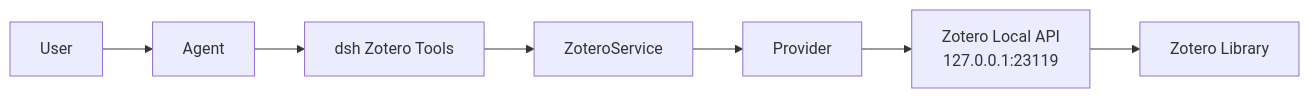
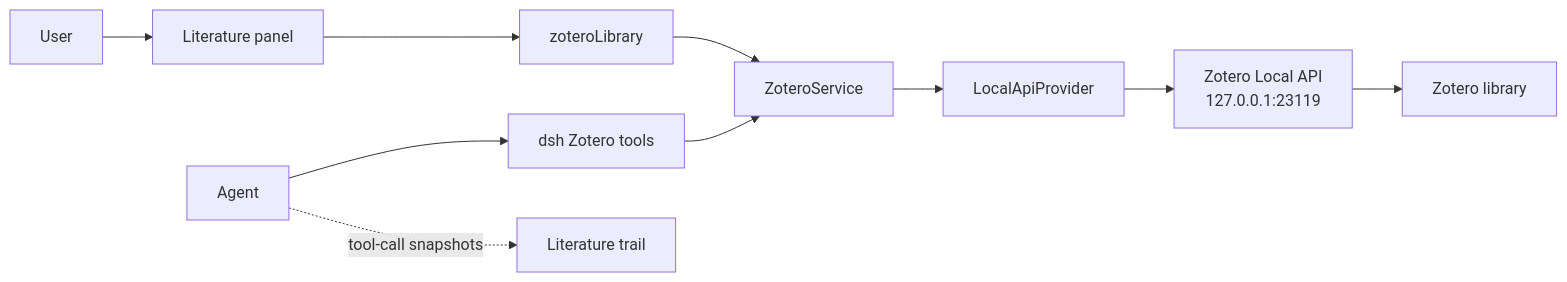
Before and after one commit to Vncntvx/dsh-zotero: the diagram in docs/architecture.en.md, drawn with Mermaid. The commit also changed other lines of this file and 26 other files, not shown here.

````diff
--- a/docs/architecture.en.md
+++ b/docs/architecture.en.md
@@ -11,9 +11,12 @@
 ```mermaid
 graph LR
-    U[User] --> A[Agent]
-    A --> T[dsh Zotero Tools]
+    U[User] --> P[Literature panel]
+    A[Agent] --> T[dsh Zotero tools]
+    P --> LS[zoteroLibrary]
     T --> S[ZoteroService]
-    S --> P[Provider]
-    P --> Z[Zotero Local API<br/>127.0.0.1:23119]
-    Z --> L[Zotero Library]
+    LS --> S
+    S --> PR[LocalApiProvider]
+    PR --> Z[Zotero Local API<br/>127.0.0.1:23119]
+    Z --> L[Zotero library]
+    A -.->|tool-call snapshots| TR[Literature trail]
 ```
````
